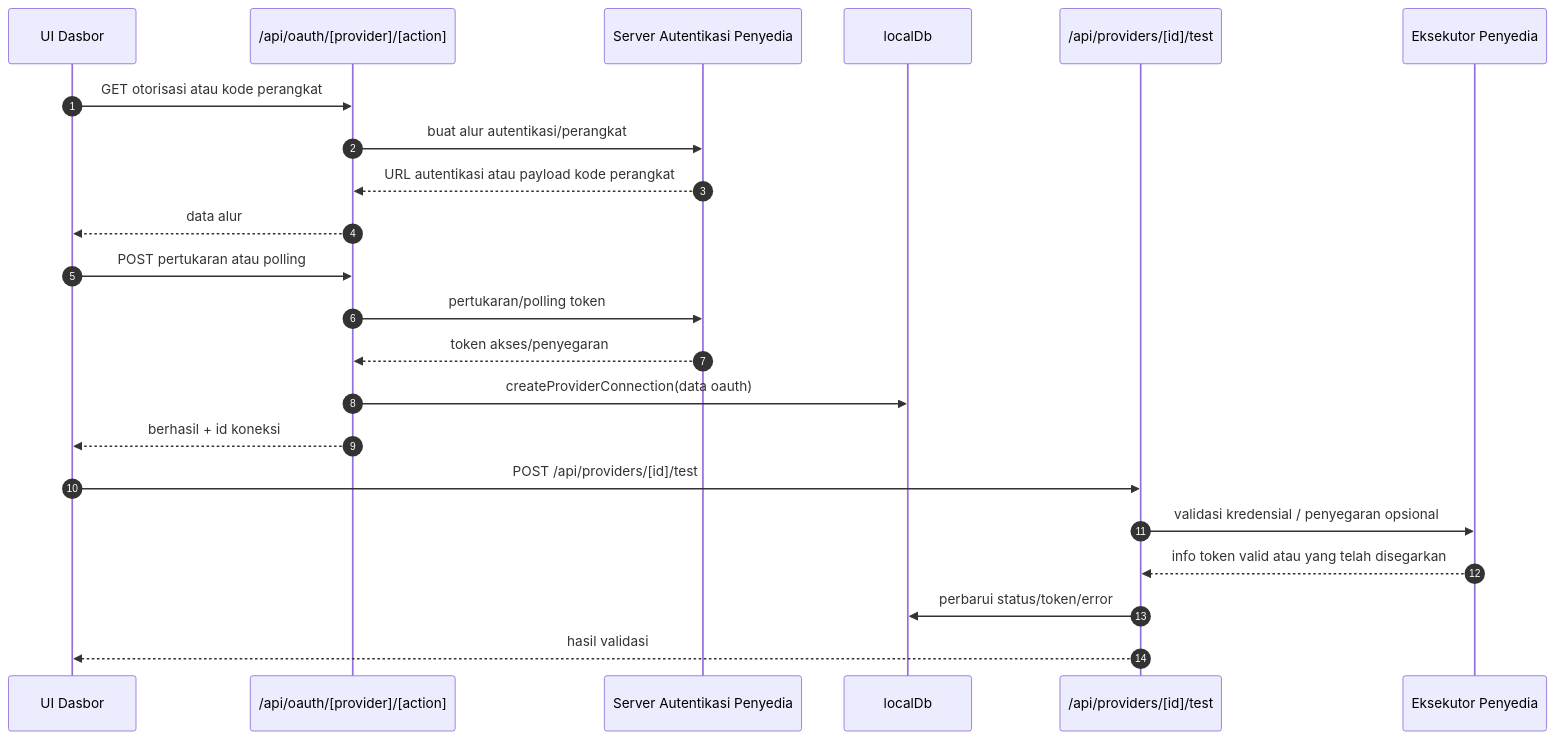
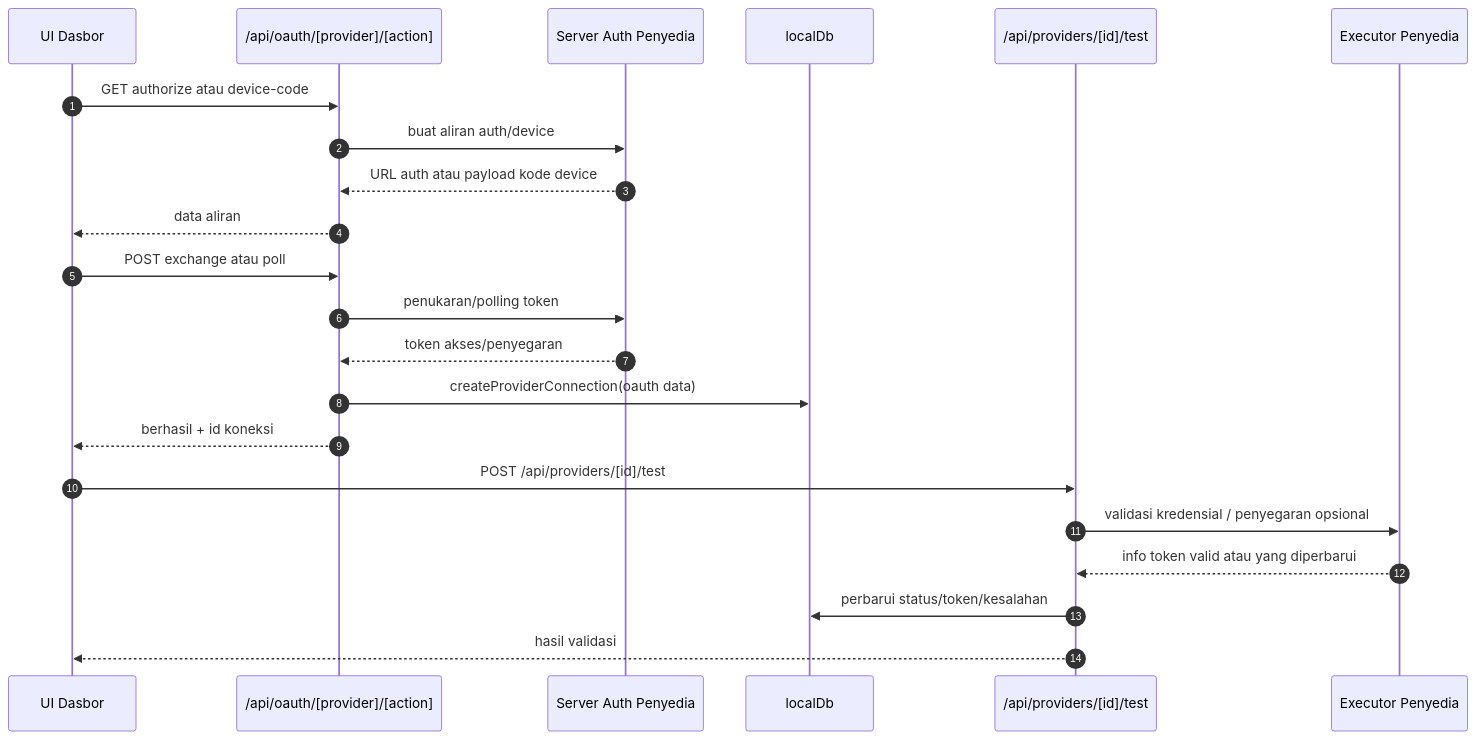
The fourth of 7 diagrams in docs/i18n/id/docs/architecture/ARCHITECTURE.md (niyatna/NiyatnaRoute), drawn with Mermaid before and after one commit. The commit also changed other lines of this file and 2447 other files, not shown here.

````diff
--- a/docs/i18n/id/docs/architecture/ARCHITECTURE.md
+++ b/docs/i18n/id/docs/architecture/ARCHITECTURE.md
@@ -635,27 +409,27 @@
 ```mermaid
 sequenceDiagram
     autonumber
     participant UI as UI Dasbor
     participant OAuth as /api/oauth/[provider]/[action]
-    participant ProvAuth as Server Autentikasi Penyedia
+    participant ProvAuth as Server Auth Penyedia
     participant DB as localDb
     participant Test as /api/providers/[id]/test
-    participant Exec as Eksekutor Penyedia
+    participant Exec as Executor Penyedia
 
-    UI->>OAuth: GET otorisasi atau kode perangkat
-    OAuth->>ProvAuth: buat alur autentikasi/perangkat
-    ProvAuth-->>OAuth: URL autentikasi atau payload kode perangkat
-    OAuth-->>UI: data alur
+    UI->>OAuth: GET authorize atau device-code
+    OAuth->>ProvAuth: buat aliran auth/device
+    ProvAuth-->>OAuth: URL auth atau payload kode device
+    OAuth-->>UI: data aliran
 
-    UI->>OAuth: POST pertukaran atau polling
-    OAuth->>ProvAuth: pertukaran/polling token
+    UI->>OAuth: POST exchange atau poll
+    OAuth->>ProvAuth: penukaran/polling token
     ProvAuth-->>OAuth: token akses/penyegaran
-    OAuth->>DB: createProviderConnection(data oauth)
+    OAuth->>DB: createProviderConnection(oauth data)
     OAuth-->>UI: berhasil + id koneksi
 
     UI->>Test: POST /api/providers/[id]/test
     Test->>Exec: validasi kredensial / penyegaran opsional
-    Exec-->>Test: info token valid atau yang telah disegarkan
-    Test->>DB: perbarui status/token/error
+    Exec-->>Test: info token valid atau yang diperbarui
+    Test->>DB: perbarui status/token/kesalahan
     Test-->>UI: hasil validasi
 ```
````
